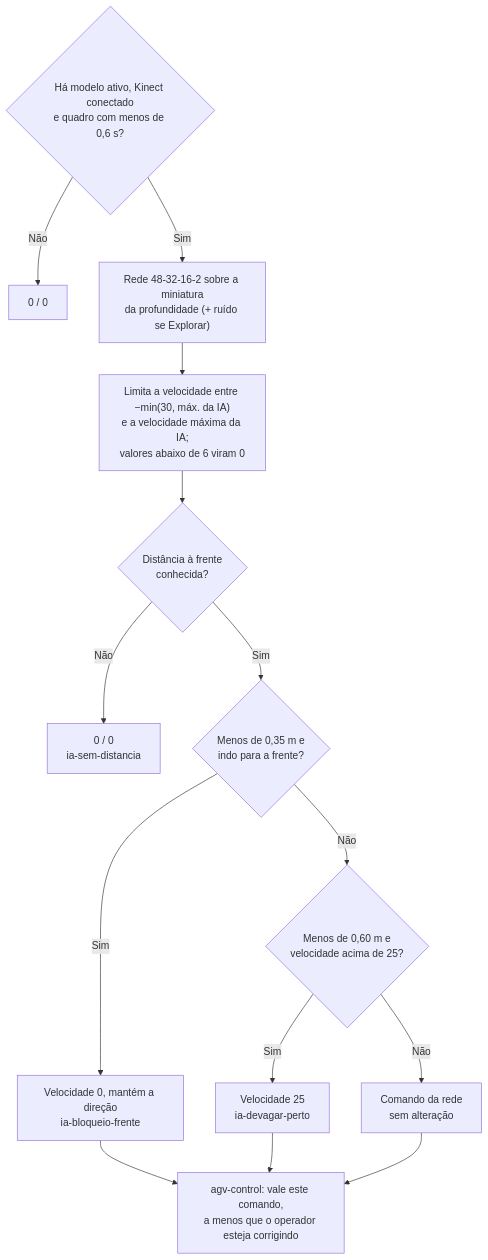
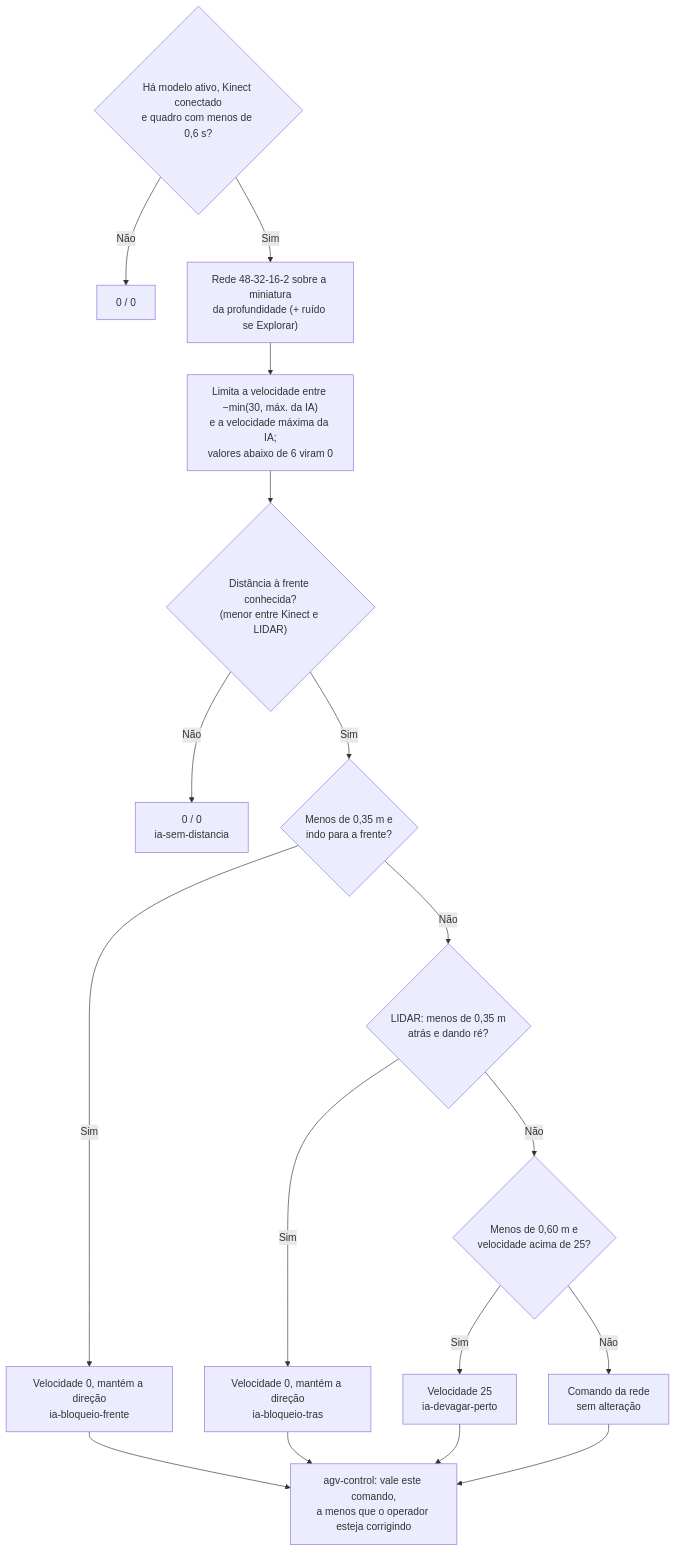
One commit to Kauan-V-Marques/AGV changed diagram 15 of 22 in README.md. Above: the diagram before and after it, drawn with Mermaid. The commit also changed other lines of this file and 1 other file, not shown here.

````diff
--- a/README.md
+++ b/README.md
@@ -1145,16 +1201,19 @@
 ```mermaid
 flowchart TD
     A{"Há modelo ativo, Kinect conectado<br/>e quadro com menos de 0,6 s?"} -- Não --> A1["0 / 0"]
     A -- Sim --> B["Rede 48-32-16-2 sobre a miniatura<br/>da profundidade (+ ruído se Explorar)"]
     B --> C["Limita a velocidade entre −min(30, máx. da IA)<br/>e a velocidade máxima da IA;<br/>valores abaixo de 6 viram 0"]
-    C --> D{"Distância à frente<br/>conhecida?"}
+    C --> D{"Distância à frente conhecida?<br/>(menor entre Kinect e LIDAR)"}
     D -- Não --> D1["0 / 0<br/>ia-sem-distancia"]
     D -- Sim --> E{"Menos de 0,35 m e<br/>indo para a frente?"}
     E -- Sim --> E1["Velocidade 0, mantém a direção<br/>ia-bloqueio-frente"]
-    E -- Não --> F{"Menos de 0,60 m e<br/>velocidade acima de 25?"}
+    E -- Não --> T{"LIDAR: menos de 0,35 m<br/>atrás e dando ré?"}
+    T -- Sim --> T1["Velocidade 0, mantém a direção<br/>ia-bloqueio-tras"]
+    T1 --> H
+    T -- Não --> F{"Menos de 0,60 m e<br/>velocidade acima de 25?"}
     F -- Sim --> F1["Velocidade 25<br/>ia-devagar-perto"]
     F -- Não --> G["Comando da rede<br/>sem alteração"]
     E1 --> H["agv-control: vale este comando,<br/>a menos que o operador esteja corrigindo"]
     F1 --> H
     G --> H
 ```
````
